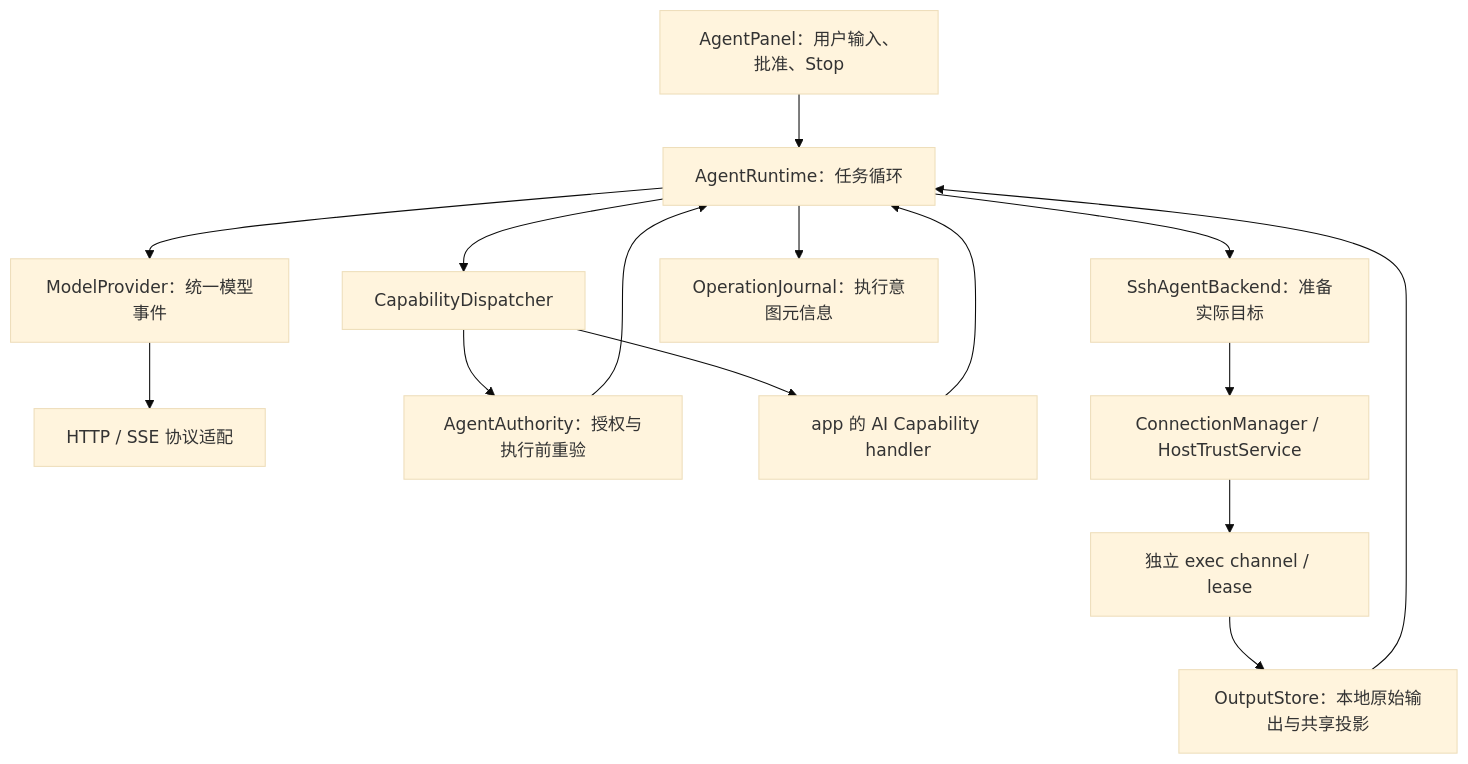
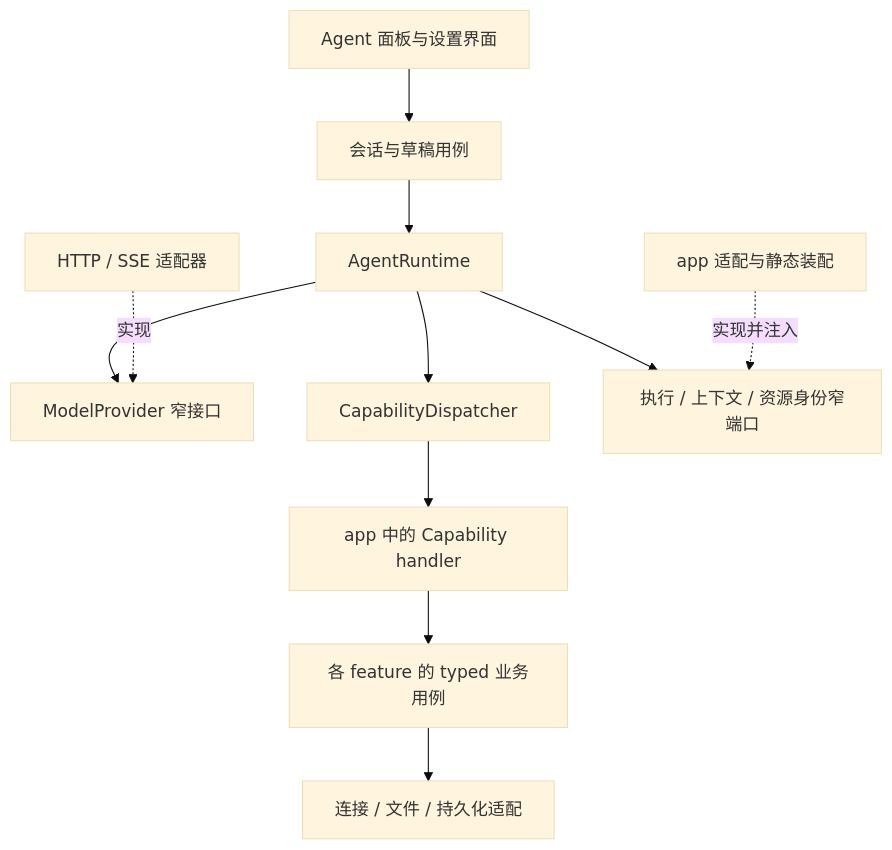
Before and after one commit to Marchen-orz/Sshairy: the second of 3 diagrams in docs/AI_AGENT_GUIDE.md, drawn with Mermaid (base theme). The commit also changed other lines of this file and 3 other files, not shown here.

````diff
--- a/docs/AI_AGENT_GUIDE.md
+++ b/docs/AI_AGENT_GUIDE.md
@@ -146,17 +73,13 @@
 ```mermaid
 flowchart TD
-  UI[AgentPanel：用户输入、批准、Stop] --> R[AgentRuntime：任务循环]
-  R --> P[ModelProvider：统一模型事件]
-  P --> H[HTTP / SSE 协议适配]
-  R --> D[CapabilityDispatcher]
-  D --> A[AgentAuthority：授权与执行前重验]
-  A --> R
-  D --> C[app 的 AI Capability handler]
-  C --> R
-  R --> B[SshAgentBackend：准备实际目标]
-  B --> CM[ConnectionManager / HostTrustService]
-  CM --> X[独立 exec channel / lease]
-  R --> J[OperationJournal：执行意图元信息]
-  X --> O[OutputStore：本地原始输出与共享投影]
-  O --> R
+    UI[Agent 面板与设置界面] --> C[会话与草稿用例]
+    C --> R[AgentRuntime]
+    R --> MP[ModelProvider 窄接口]
+    MA[HTTP / SSE 适配器] -.实现.-> MP
+    R --> D[CapabilityDispatcher]
+    D --> H[app 中的 Capability handler]
+    H --> B[各 feature 的 typed 业务用例]
+    R --> P[执行 / 上下文 / 资源身份窄端口]
+    AP[app 适配与静态装配] -.实现并注入.-> P
+    B --> IO[连接 / 文件 / 持久化适配]
 ```
````
